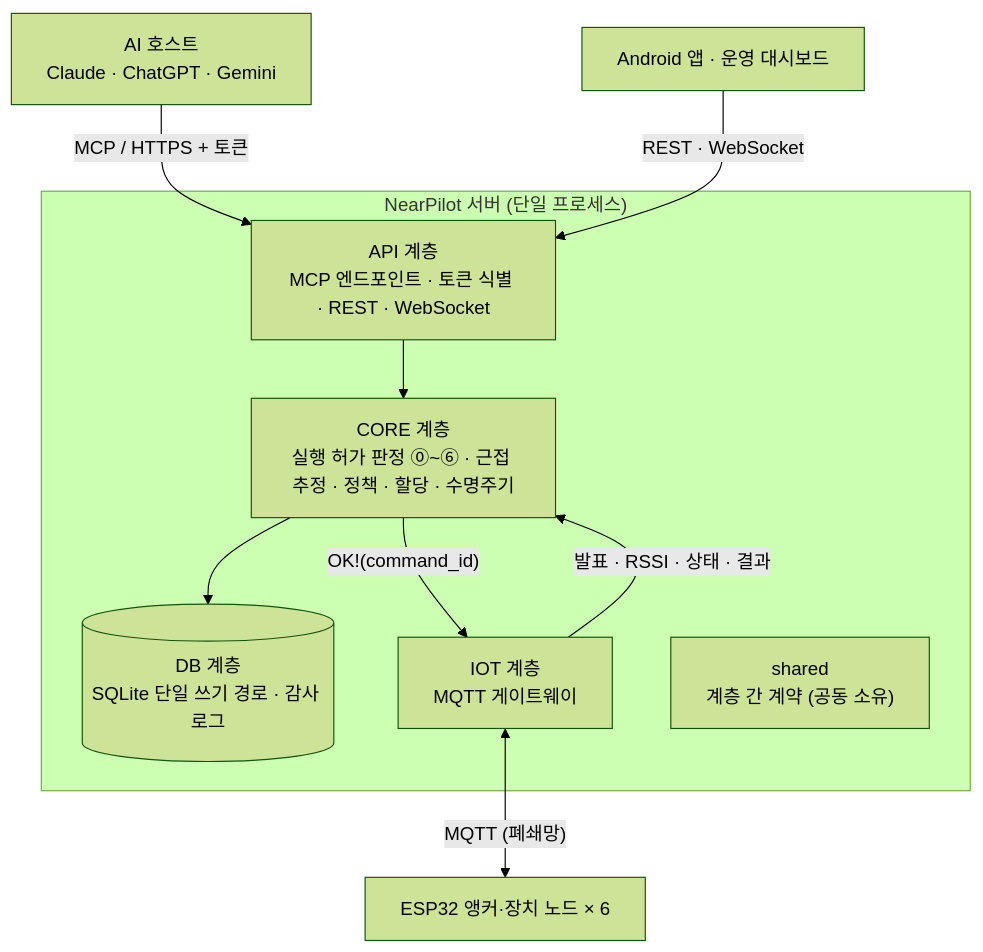
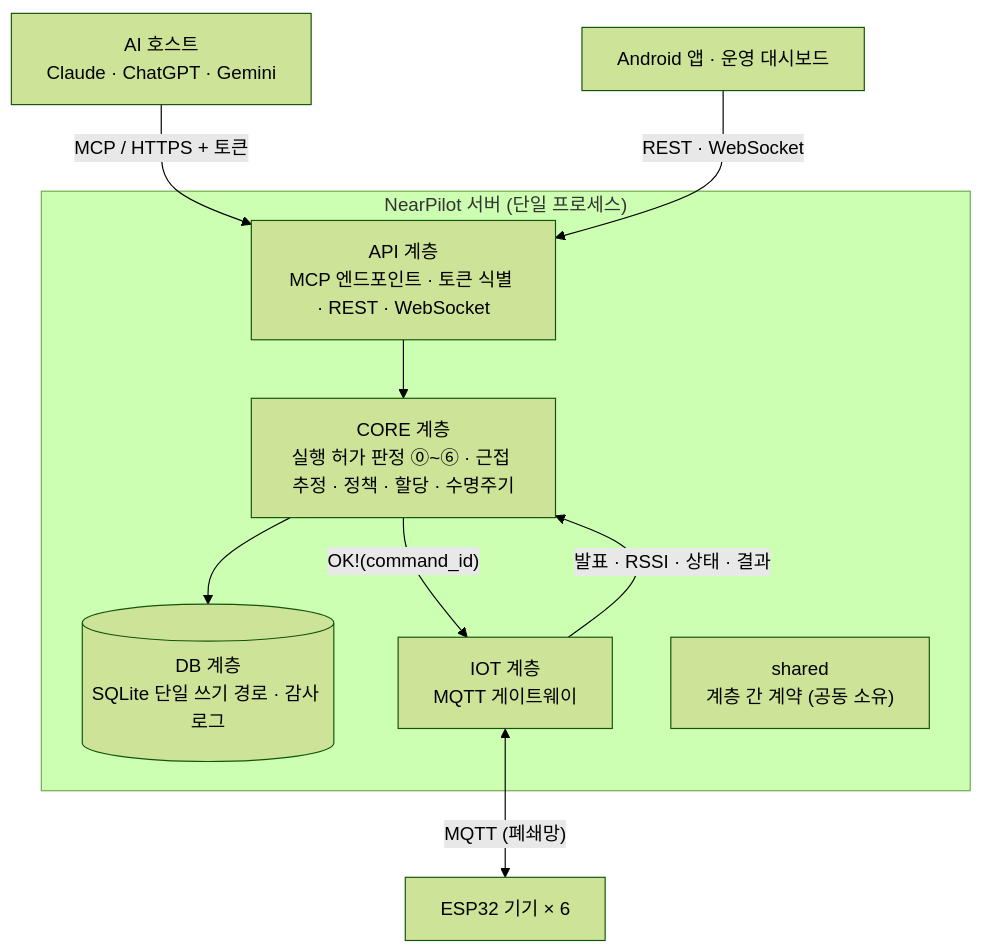
The first of 3 diagrams in docs/architecture.md (capstone-itda/nearpilot-server), drawn with Mermaid (forest theme) before and after one commit. The commit also changed other lines of this file and 21 other files, not shown here.

````diff
--- a/docs/architecture.md
+++ b/docs/architecture.md
@@ -10,22 +14,22 @@
 ```mermaid
 flowchart TB
     Host["AI 호스트<br/>Claude · ChatGPT · Gemini"]
     App["Android 앱 · 운영 대시보드"]
-    Node["ESP32 앵커·장치 노드 × 6"]
+    Node["ESP32 기기 × 6"]
 
     subgraph Server["NearPilot 서버 (단일 프로세스)"]
         API["API 계층<br/>MCP 엔드포인트 · 토큰 식별 · REST · WebSocket"]
         CORE["CORE 계층<br/>실행 허가 판정 ⓪~⑥ · 근접 추정 · 정책 · 할당 · 수명주기"]
         DB[("DB 계층<br/>SQLite 단일 쓰기 경로 · 감사 로그")]
         IOT["IOT 계층<br/>MQTT 게이트웨이"]
         SHARED["shared<br/>계층 간 계약 (공동 소유)"]
     end
 
     Host -- "MCP / HTTPS + 토큰" --> API
     App -- "REST · WebSocket" --> API
     API --> CORE
     CORE --> DB
     CORE -- "OK!(command_id)" --> IOT
     IOT -- "발표 · RSSI · 상태 · 결과" --> CORE
     IOT <-- "MQTT (폐쇄망)" --> Node
 ```
````
